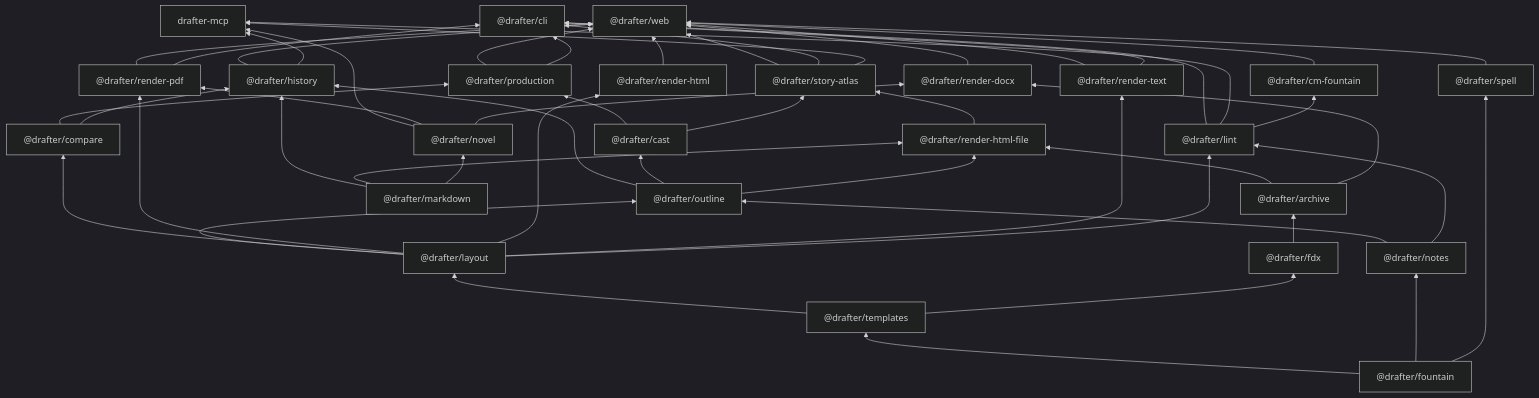
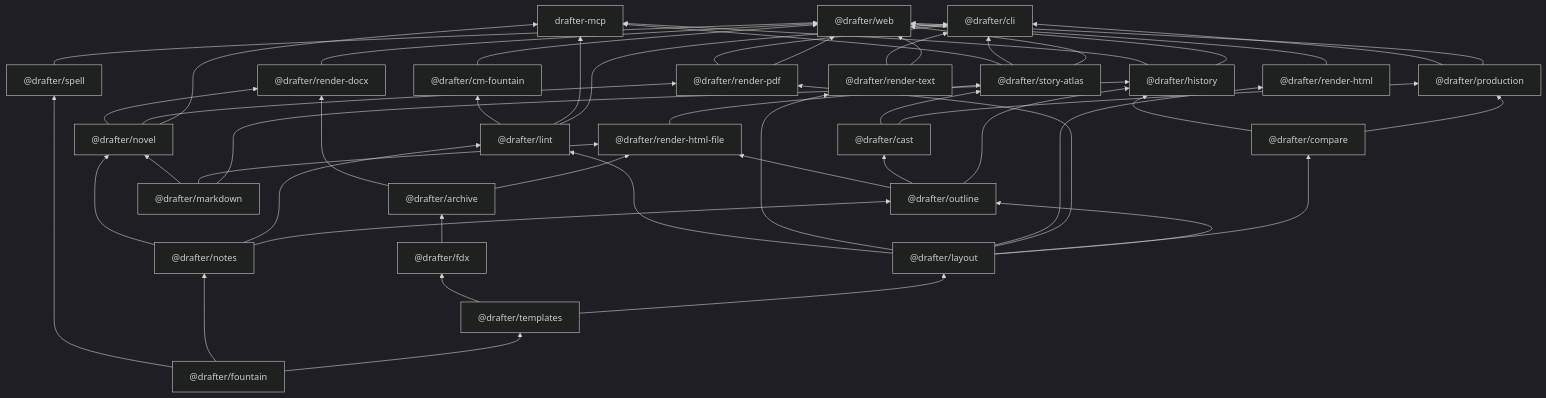
The first of 5 diagrams in docs/technical-details.md (cschweda/drafter), drawn with Mermaid (dark theme) before and after one commit. The commit also changed 11 other files, not shown here.

````diff
--- a/docs/technical-details.md
+++ b/docs/technical-details.md
@@ -38,76 +38,77 @@
 ```mermaid
 flowchart BT
   web["@drafter/web"]
   cli["@drafter/cli"]
   drafter_mcp["drafter-mcp"]
   cm_fountain["@drafter/cm-fountain"]
   outline["@drafter/outline"]
   production["@drafter/production"]
   compare["@drafter/compare"]
   history["@drafter/history"]
   cast["@drafter/cast"]
   story_atlas["@drafter/story-atlas"]
   render_pdf["@drafter/render-pdf"]
   render_html["@drafter/render-html"]
   render_html_file["@drafter/render-html-file"]
   render_text["@drafter/render-text"]
   render_docx["@drafter/render-docx"]
   layout["@drafter/layout"]
   lint["@drafter/lint"]
   fdx["@drafter/fdx"]
   archive["@drafter/archive"]
   templates["@drafter/templates"]
   notes["@drafter/notes"]
   spell["@drafter/spell"]
   markdown["@drafter/markdown"]
   novel["@drafter/novel"]
   fountain["@drafter/fountain"]
   cm_fountain --> web
   history --> web
   production --> web
   render_docx --> web
   render_html --> web
   render_pdf --> web
   render_text --> web
   spell --> web
   story_atlas --> web
   lint --> cli
   production --> cli
   render_pdf --> cli
   render_text --> cli
   story_atlas --> cli
   history --> drafter_mcp
   lint --> drafter_mcp
   novel --> drafter_mcp
   story_atlas --> drafter_mcp
   lint --> cm_fountain
   layout --> outline
   notes --> outline
   cast --> production
   compare --> production
   layout --> compare
   compare --> history
   markdown --> history
   outline --> history
   outline --> cast
   cast --> story_atlas
   render_html_file --> story_atlas
   layout --> render_pdf
   novel --> render_pdf
   layout --> render_html
   archive --> render_html_file
   markdown --> render_html_file
   outline --> render_html_file
   layout --> render_text
   archive --> render_docx
   novel --> render_docx
   templates --> layout
   layout --> lint
   notes --> lint
   templates --> fdx
   fdx --> archive
   fountain --> templates
   fountain --> notes
   fountain --> spell
   markdown --> novel
+  notes --> novel
 ```
````
